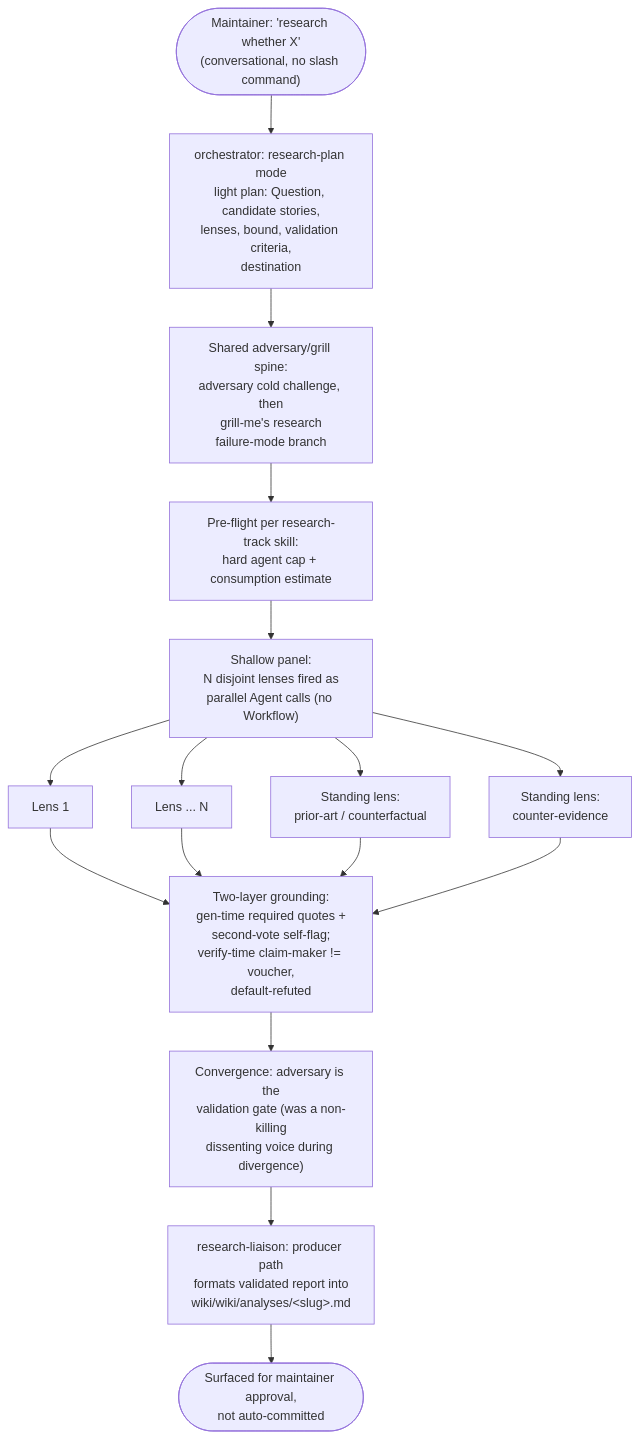
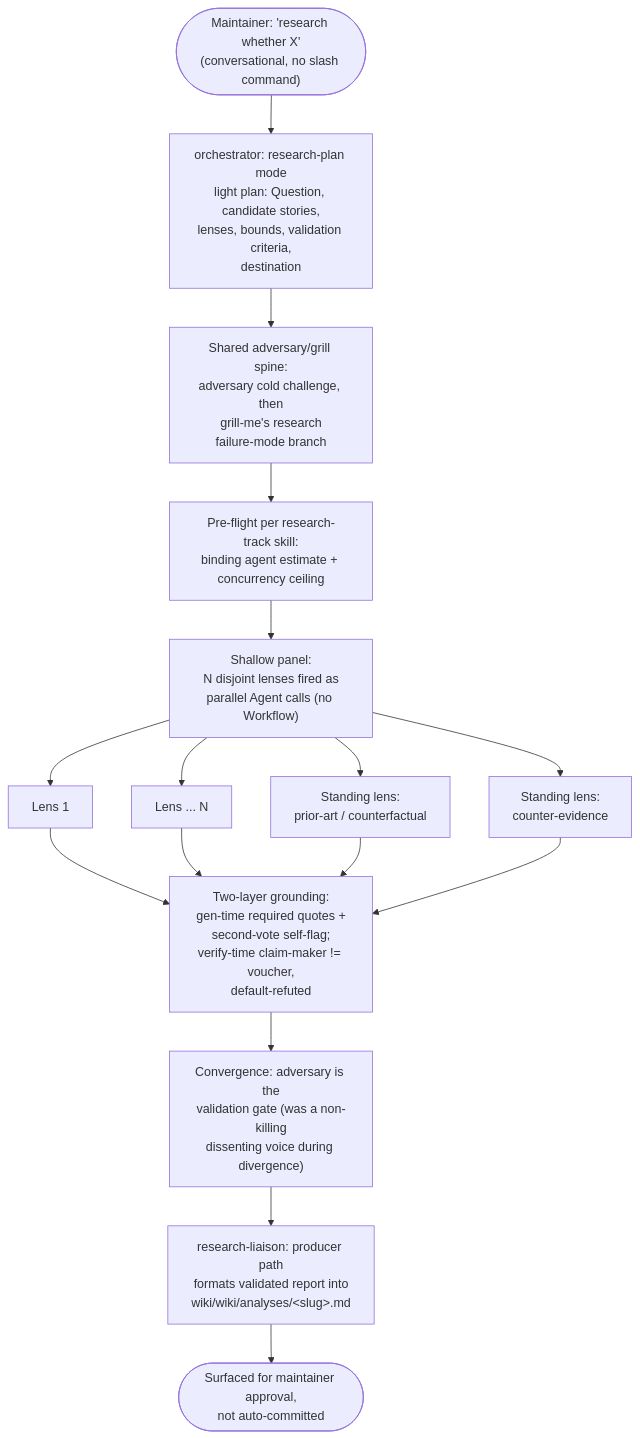
Before and after one commit to gjkoplik/hiveplotlib-agent-harness: the second of 2 diagrams in diagrams.md, drawn with Mermaid. The commit also changed 13 other files, not shown here.

````diff
--- a/diagrams.md
+++ b/diagrams.md
@@ -44,19 +44,19 @@
 ```mermaid
 flowchart TD
-    ask(["Maintainer: 'research whether X'<br/>(conversational, no slash command)"]) --> orch["orchestrator: research-plan mode<br/>light plan: Question, candidate stories,<br/>lenses, bound, validation criteria,<br/>destination"]
+    ask(["Maintainer: 'research whether X'<br/>(conversational, no slash command)"]) --> orch["orchestrator: research-plan mode<br/>light plan: Question, candidate stories,<br/>lenses, bounds, validation criteria,<br/>destination"]
     orch --> spine["Shared adversary/grill spine:<br/>adversary cold challenge, then<br/>grill-me's research<br/>failure-mode branch"]
-    spine --> preflight["Pre-flight per research-track skill:<br/>hard agent cap + consumption estimate"]
+    spine --> preflight["Pre-flight per research-track skill:<br/>binding agent estimate + concurrency ceiling"]
     preflight --> panel["Shallow panel:<br/>N disjoint lenses fired as<br/>parallel Agent calls (no Workflow)"]
     panel --> l1["Lens 1"]
     panel --> ln["Lens ... N"]
     panel --> s1["Standing lens:<br/>prior-art / counterfactual"]
     panel --> s2["Standing lens:<br/>counter-evidence"]
     l1 --> ground
     ln --> ground
     s1 --> ground
     s2 --> ground
     ground["Two-layer grounding:<br/>gen-time required quotes +<br/>second-vote self-flag;<br/>verify-time claim-maker != voucher,<br/>default-refuted"]
     ground --> converge["Convergence: adversary is the<br/>validation gate (was a non-killing<br/>dissenting voice during divergence)"]
     converge --> liaison["research-liaison: producer path<br/>formats validated report into<br/>wiki/wiki/analyses/&lt;slug&gt;.md"]
     liaison --> approve(["Surfaced for maintainer approval,<br/>not auto-committed"])
 ```
````
